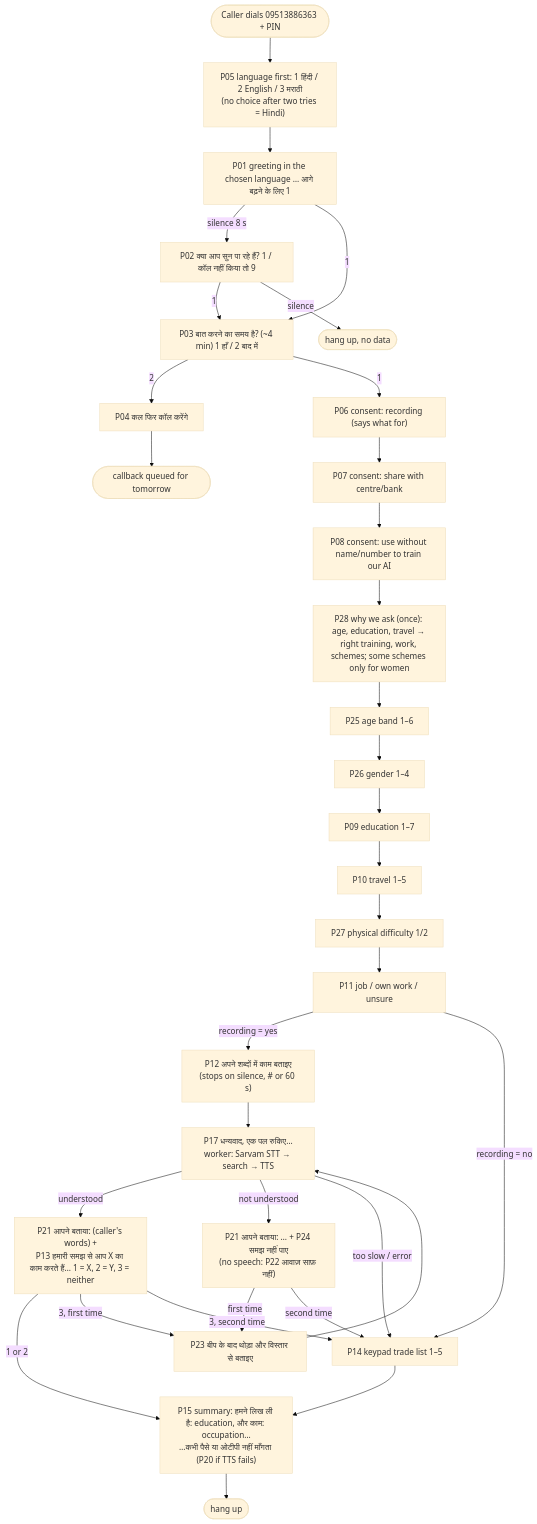
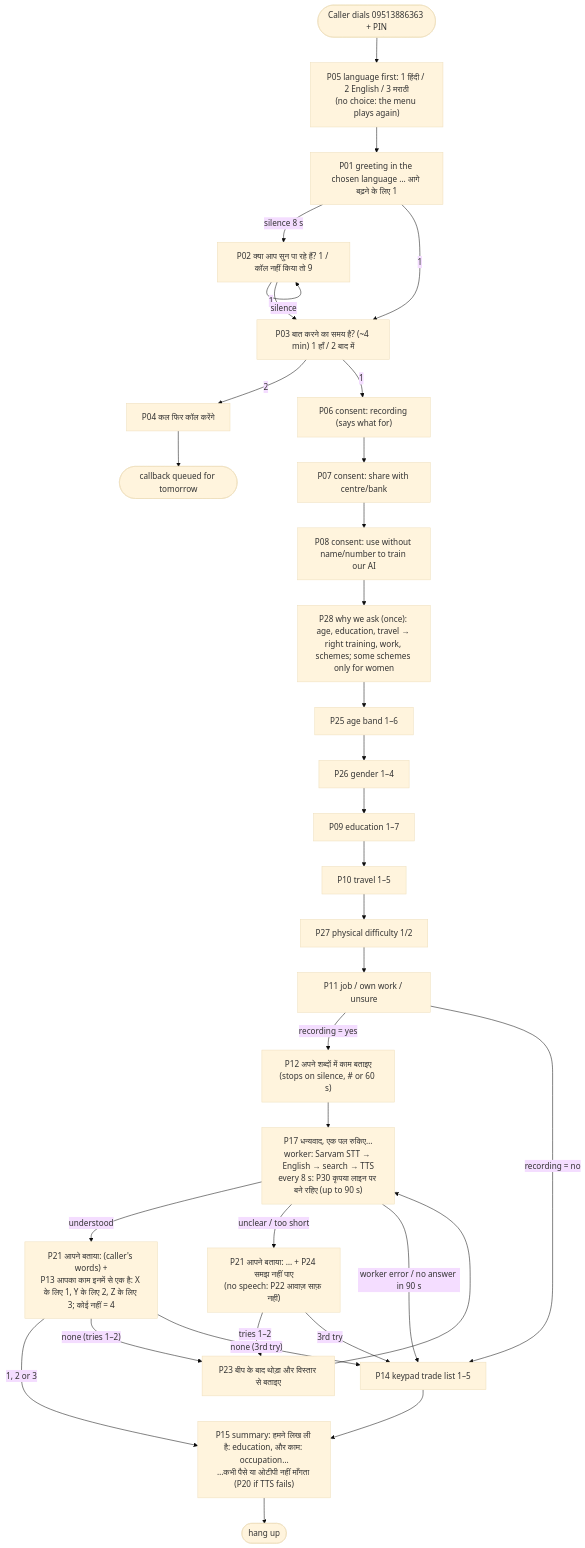
Before and after one commit to sakshamagrawalcode-cpu/hunarvaani: the second of 2 diagrams in docs/HANDOFF.md, drawn with Mermaid (base theme). The commit also changed other lines of this file and 22 other files, not shown here.

First line of the commit message:
Story: wait for Sarvam, translate to English for the search, offer the 3 closest occupations

````diff
--- a/docs/HANDOFF.md
+++ b/docs/HANDOFF.md
@@ -115,26 +116,26 @@
 ```mermaid
 flowchart TD
-    A([Caller dials 09513886363 + PIN]) --> P05["P05 language first: 1 हिंदी / 2 English / 3 मराठी<br/>(no choice after two tries = Hindi)"]
+    A([Caller dials 09513886363 + PIN]) --> P05["P05 language first: 1 हिंदी / 2 English / 3 मराठी<br/>(no choice: the menu plays again)"]
     P05 --> P01["P01 greeting in the chosen language … आगे बढ़ने के लिए 1"]
     P01 -- "silence 8 s" --> P02["P02 क्या आप सुन पा रहे हैं? 1 / कॉल नहीं किया तो 9"]
     P02 -- 1 --> P03
-    P02 -- "silence" --> END0([hang up, no data])
+    P02 -- "silence" --> P02
     P01 -- 1 --> P03["P03 बात करने का समय है? (~4 min) 1 हाँ / 2 बाद में"]
     P03 -- 2 --> P04["P04 कल फिर कॉल करेंगे"] --> CB([callback queued for tomorrow])
     P03 -- 1 --> P06["P06 consent: recording (says what for)"] --> P07["P07 consent: share with centre/bank"] --> P08["P08 consent: use without name/number to train our AI"]
     P08 --> P28["P28 why we ask (once): age, education, travel → right training, work, schemes; some schemes only for women"] --> P25["P25 age band 1–6"] --> P26["P26 gender 1–4"]
     P26 --> P09["P09 education 1–7"] --> P10["P10 travel 1–5"] --> P27["P27 physical difficulty 1/2"] --> P11["P11 job / own work / unsure"]
     P11 -- "recording = yes" --> P12["P12 अपने शब्दों में काम बताइए<br/>(stops on silence, # or 60 s)"]
     P11 -- "recording = no" --> P14
-    P12 --> P17["P17 धन्यवाद, एक पल रुकिए…<br/>worker: Sarvam STT → search → TTS"]
-    P17 -- "understood" --> P13["P21 आपने बताया: (caller's words) +<br/>P13 हमारी समझ से आप X का काम करते हैं… 1 = X, 2 = Y, 3 = neither"]
-    P17 -- "not understood" --> RETRY["P21 आपने बताया: … + P24 समझ नहीं पाए<br/>(no speech: P22 आवाज़ साफ़ नहीं)"]
-    RETRY -- "first time" --> P23["P23 बीप के बाद थोड़ा और विस्तार से बताइए"] --> P17
-    RETRY -- "second time" --> P14
-    P17 -- "too slow / error" --> P14["P14 keypad trade list 1–5"]
-    P13 -- "1 or 2" --> P15
-    P13 -- "3, first time" --> P23
-    P13 -- "3, second time" --> P14
+    P12 --> P17["P17 धन्यवाद, एक पल रुकिए…<br/>worker: Sarvam STT → English → search → TTS<br/>every 8 s: P30 कृपया लाइन पर बने रहिए (up to 90 s)"]
+    P17 -- "understood" --> P13["P21 आपने बताया: (caller's words) +<br/>P13 आपका काम इनमें से एक है: X के लिए 1, Y के लिए 2, Z के लिए 3; कोई नहीं = 4"]
+    P17 -- "unclear / too short" --> RETRY["P21 आपने बताया: … + P24 समझ नहीं पाए<br/>(no speech: P22 आवाज़ साफ़ नहीं)"]
+    RETRY -- "tries 1–2" --> P23["P23 बीप के बाद थोड़ा और विस्तार से बताइए"] --> P17
+    RETRY -- "3rd try" --> P14
+    P17 -- "worker error / no answer in 90 s" --> P14["P14 keypad trade list 1–5"]
+    P13 -- "1, 2 or 3" --> P15
+    P13 -- "none (tries 1–2)" --> P23
+    P13 -- "none (3rd try)" --> P14
     P14 --> P15["P15 summary: हमने लिख ली है: education, और काम: occupation…<br/>…कभी पैसे या ओटीपी नहीं माँगता (P20 if TTS fails)"]
     P15 --> END([hang up])
 ```
````
